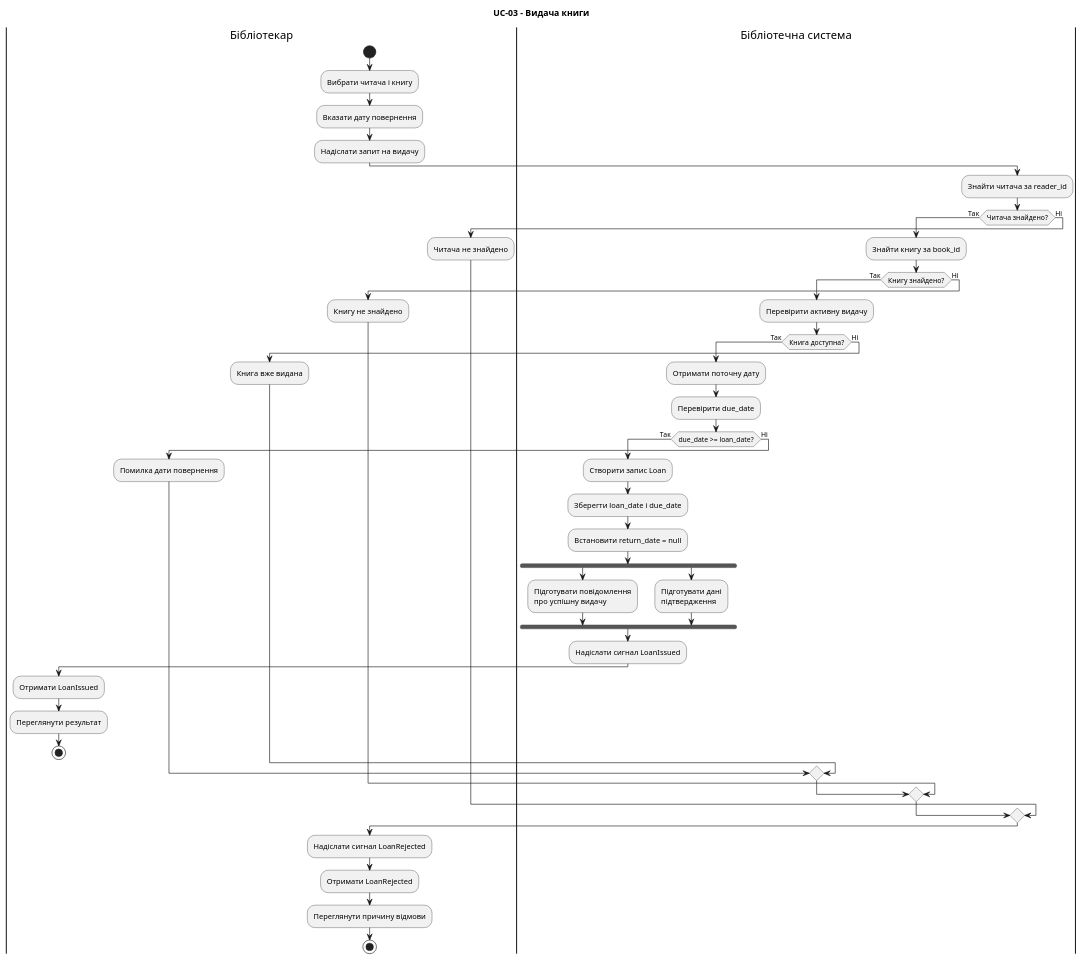
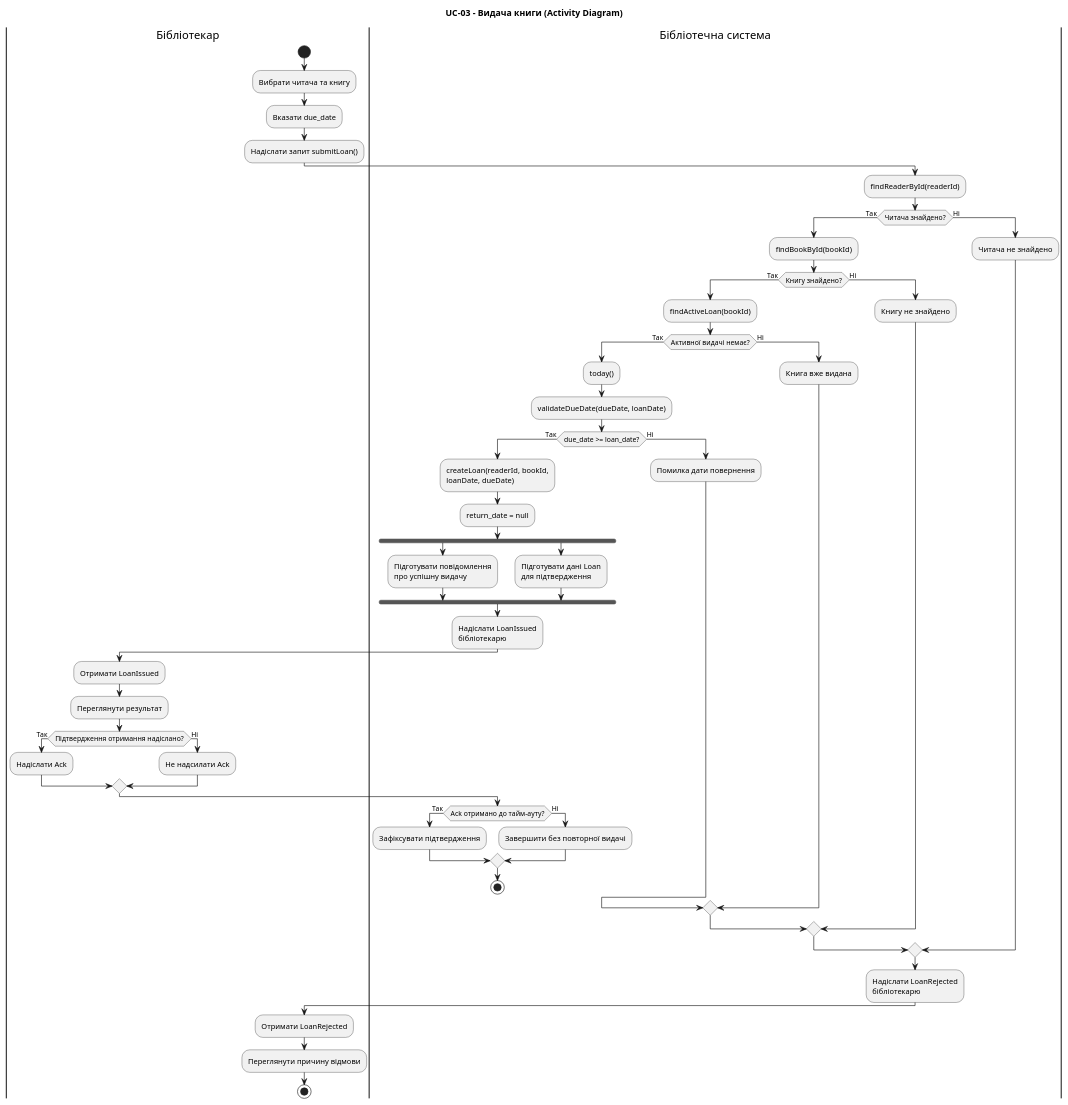
Before and after one commit to xdddd1234/lab4: the diagram in diagrams/book-loan-activity.puml, drawn with PlantUML.

Commit message:
fix: add signal events and acknowledgement handling

```diff
--- a/diagrams/book-loan-activity.puml
+++ b/diagrams/book-loan-activity.puml
@@ -2,65 +2,86 @@
 @startuml
-title UC-03 - Видача книги
+title UC-03 - Видача книги (Activity Diagram)
 
 |Бібліотекар|
 start
-:Вибрати читача і книгу;
-:Вказати дату повернення;
-:Надіслати запит на видачу;
+:Вибрати читача та книгу;
+:Вказати due_date;
+:Надіслати запит submitLoan();
 
 |Бібліотечна система|
-:Знайти читача за reader_id;
+:findReaderById(readerId);
 
 if (Читача знайдено?) then (Так)
-  :Знайти книгу за book_id;
+
+  :findBookById(bookId);
 
   if (Книгу знайдено?) then (Так)
-    :Перевірити активну видачу;
 
-    if (Книга доступна?) then (Так)
-      :Отримати поточну дату;
-      :Перевірити due_date;
+    :findActiveLoan(bookId);
+
+    if (Активної видачі немає?) then (Так)
+
+      :today();
+      :validateDueDate(dueDate, loanDate);
 
       if (due_date >= loan_date?) then (Так)
-        :Створити запис Loan;
-        :Зберегти loan_date і due_date;
-        :Встановити return_date = null;
+
+        :createLoan(readerId, bookId,
+        loanDate, dueDate);
+        :return_date = null;
 
         fork
           :Підготувати повідомлення
           про успішну видачу;
         fork again
-          :Підготувати дані
-          підтвердження;
+          :Підготувати дані Loan
+          для підтвердження;
         end fork
 
-        :Надіслати сигнал LoanIssued;
+        :Надіслати LoanIssued
+        бібліотекарю; <<sendSignal>>
+
         |Бібліотекар|
-        :Отримати LoanIssued;
+        :Отримати LoanIssued; <<acceptEvent>>
         :Переглянути результат;
+
+        if (Підтвердження отримання надіслано?) then (Так)
+          :Надіслати Ack;
+        else (Ні)
+          :Не надсилати Ack;
+        endif
+
+        |Бібліотечна система|
+        if (Ack отримано до тайм-ауту?) then (Так)
+          :Зафіксувати підтвердження;
+        else (Ні)
+          :Завершити без повторної видачі;
+        endif
+
         stop
 
       else (Ні)
         :Помилка дати повернення;
       endif
 
     else (Ні)
       :Книга вже видана;
     endif
 
   else (Ні)
     :Книгу не знайдено;
   endif
 
 else (Ні)
   :Читача не знайдено;
 endif
 
-:Надіслати сигнал LoanRejected;
+:Надіслати LoanRejected
+бібліотекарю; <<sendSignal>>
 
 |Бібліотекар|
-:Отримати LoanRejected;
+:Отримати LoanRejected; <<acceptEvent>>
 :Переглянути причину відмови;
+
 stop
-
 @enduml
```
